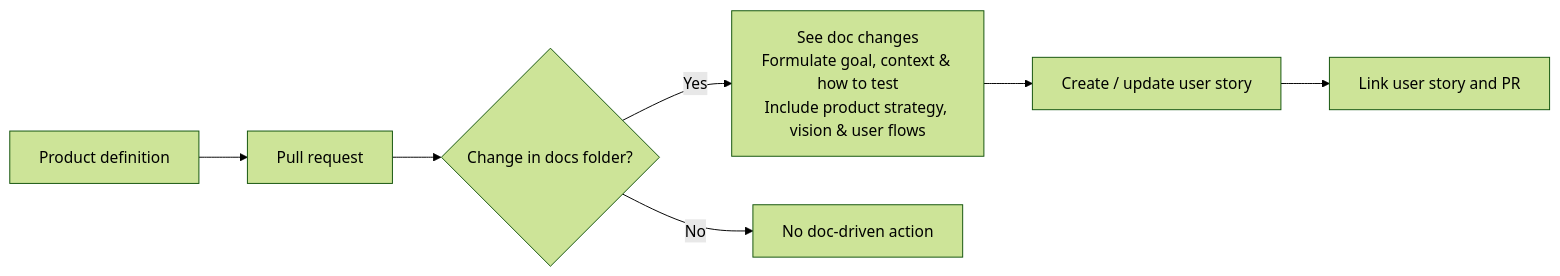
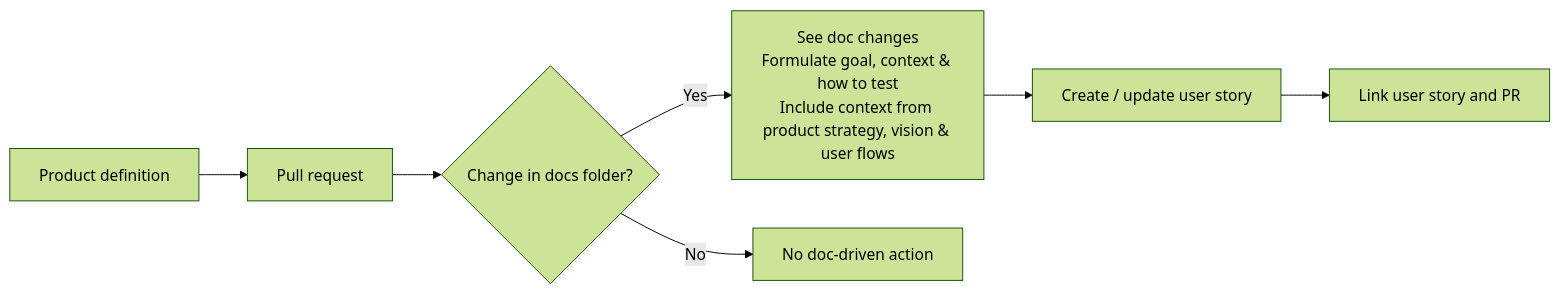
Before and after one commit to NielsTalens/doc-driven-dev: the second of 2 diagrams in README.md, drawn with Mermaid (forest theme).

Commit message:
Update README to include context in documentation flow

````diff
--- a/README.md
+++ b/README.md
@@ -35,14 +35,14 @@
 ```mermaid
 flowchart LR
     A[Product definition] --> B[Pull request]
 
     B --> C{Change in docs folder?}
 
-    C -- Yes --> D[See doc changes<br/>Formulate goal, context & how to test<br/>Include product strategy, vision & user flows]
+    C -- Yes --> D[See doc changes<br/>Formulate goal, context & how to test<br/>Include context from product strategy, vision & user flows]
 
     D --> E[Create / update user story]
 
     E --> F[Link user story and PR]
 
     C -- No --> Z[No doc-driven action]
 ```
````
